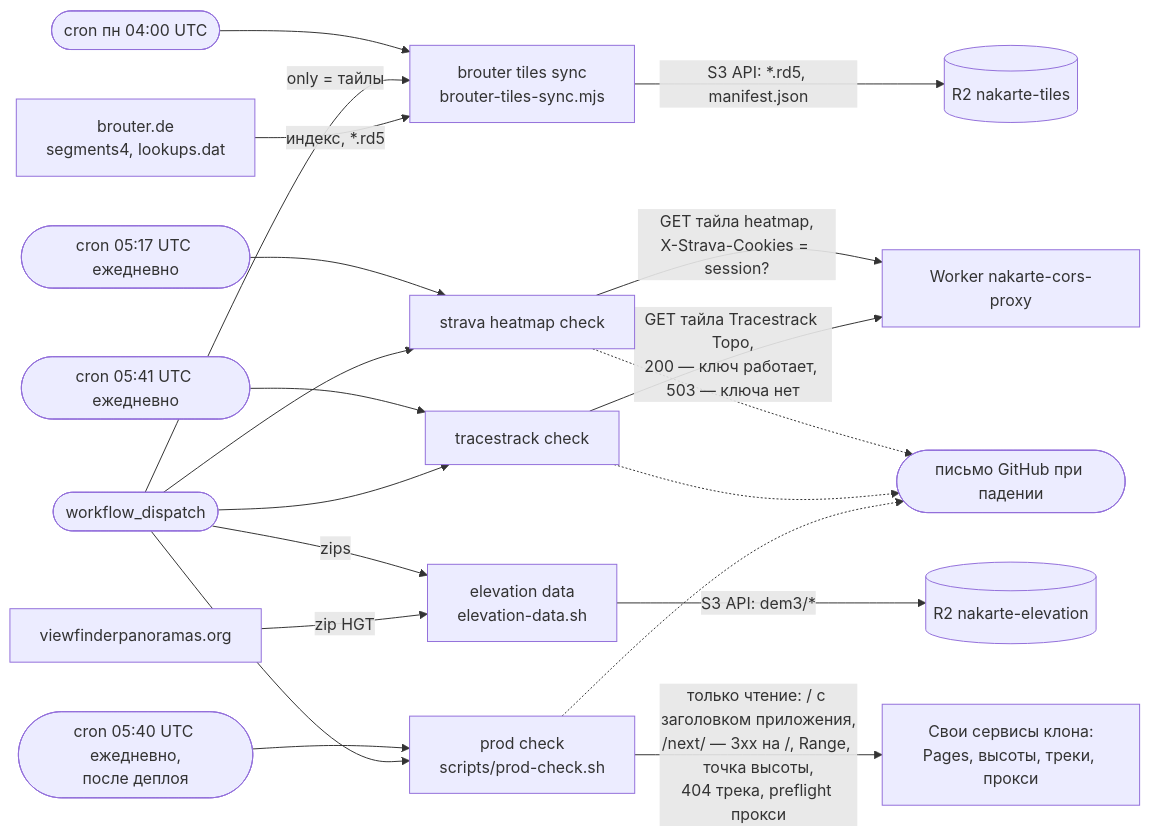
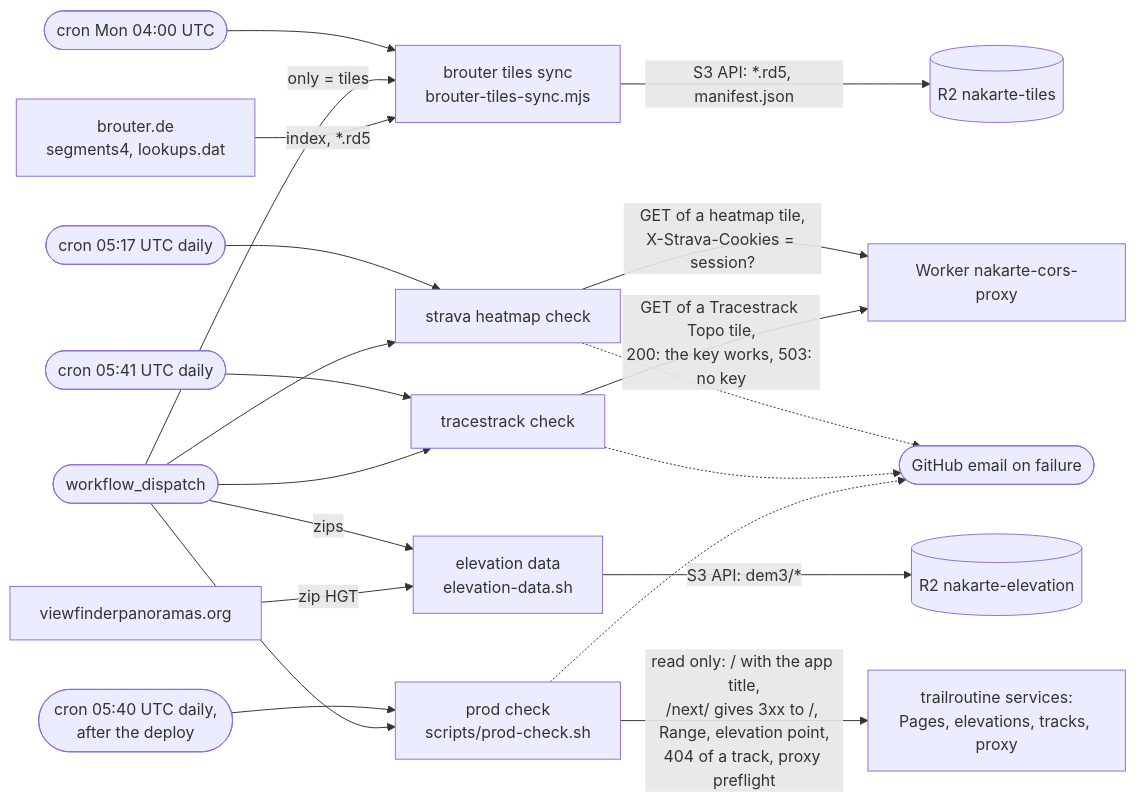
Before and after one commit to sergeycw/nakarte: the second of 2 diagrams in docs/architecture/ci-cd.md, drawn with Mermaid. The commit also changed other lines of this file and 11 other files, not shown here.

````diff
--- a/docs/architecture/ci-cd.md
+++ b/docs/architecture/ci-cd.md
@@ -54,42 +71,42 @@
 ```mermaid
 flowchart LR
-    cron2(["cron пн 04:00 UTC"])
-    cron3(["cron 05:17 UTC ежедневно"])
-    cron5(["cron 05:41 UTC ежедневно"])
+    cron2(["cron Mon 04:00 UTC"])
+    cron3(["cron 05:17 UTC daily"])
+    cron5(["cron 05:41 UTC daily"])
     manual(["workflow_dispatch"])
 
     sync["brouter tiles sync<br/>brouter-tiles-sync.mjs"]
     edata["elevation data<br/>elevation-data.sh"]
     scheck["strava heatmap check"]
     tcheck["tracestrack check"]
     pcheck["prod check<br/>scripts/prod-check.sh"]
-    cron4(["cron 05:40 UTC ежедневно,<br/>после деплоя"])
-    own["Свои сервисы клона:<br/>Pages, высоты, треки, прокси"]
+    cron4(["cron 05:40 UTC daily,<br/>after the deploy"])
+    own["trailroutine services:<br/>Pages, elevations, tracks, proxy"]
 
     brouterde["brouter.de<br/>segments4, lookups.dat"]
     vfp["viewfinderpanoramas.org"]
     r2tiles[("R2 nakarte-tiles")]
     r2elev[("R2 nakarte-elevation")]
     proxy["Worker nakarte-cors-proxy"]
-    mail(["письмо GitHub при падении"])
+    mail(["GitHub email on failure"])
 
     cron2 --> sync
-    manual -->|"only = тайлы"| sync
+    manual -->|"only = tiles"| sync
     manual -->|"zips"| edata
     cron3 --> scheck
     manual --> scheck
-    brouterde -->|"индекс, *.rd5"| sync
+    brouterde -->|"index, *.rd5"| sync
     sync -->|"S3 API: *.rd5, manifest.json"| r2tiles
     vfp -->|"zip HGT"| edata
     edata -->|"S3 API: dem3/*"| r2elev
-    scheck -->|"GET тайла heatmap,<br/>X-Strava-Cookies = session?"| proxy
+    scheck -->|"GET of a heatmap tile,<br/>X-Strava-Cookies = session?"| proxy
     scheck -.-> mail
     cron5 --> tcheck
     manual --> tcheck
-    tcheck -->|"GET тайла Tracestrack Topo,<br/>200 — ключ работает, 503 — ключа нет"| proxy
+    tcheck -->|"GET of a Tracestrack Topo tile,<br/>200: the key works, 503: no key"| proxy
     tcheck -.-> mail
     cron4 --> pcheck
     manual --> pcheck
-    pcheck -->|"только чтение: / с заголовком приложения,<br/>/next/ — 3xx на /, Range, точка высоты,<br/>404 трека, preflight прокси"| own
+    pcheck -->|"read only: / with the app title,<br/>/next/ gives 3xx to /, Range, elevation point,<br/>404 of a track, proxy preflight"| own
     pcheck -.-> mail
 ```
````
